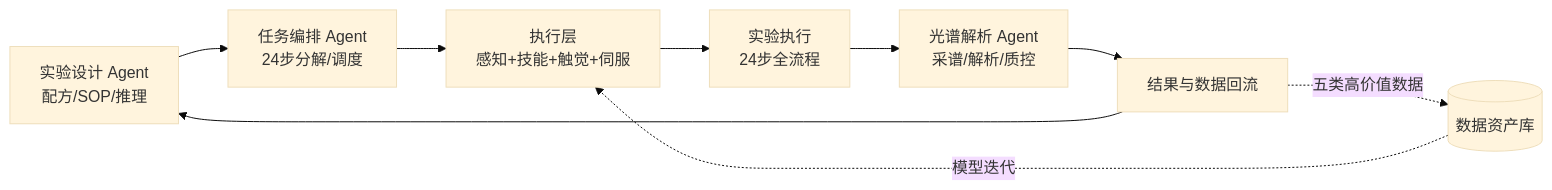
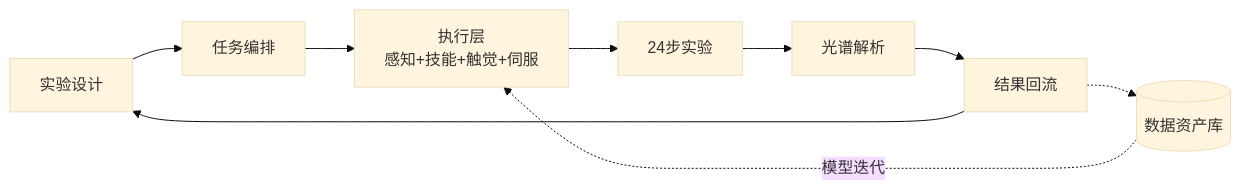
Before and after one commit to majosan/josan-obsidian-vault: the diagram in 01-AI化学实验室/项目实施/原位红外/DRIFTS-机器人化-项目简报.md, drawn with Mermaid (base theme). The commit also changed other lines of this file and 1 other file, not shown here.

````diff
--- a/01-AI化学实验室/项目实施/原位红外/DRIFTS-机器人化-项目简报.md
+++ b/01-AI化学实验室/项目实施/原位红外/DRIFTS-机器人化-项目简报.md
@@ -95,11 +91,6 @@
 ```mermaid
 flowchart LR
-    A[实验设计 Agent<br/>配方/SOP/推理] --> B[任务编排 Agent<br/>24步分解/调度]
-    B --> C[执行层<br/>感知+技能+触觉+伺服]
-    C --> D[实验执行<br/>24步全流程]
-    D --> E[光谱解析 Agent<br/>采谱/解析/质控]
-    E --> F[结果与数据回流]
+    A[实验设计] --> B[任务编排] --> C[执行层<br/>感知+技能+触觉+伺服] --> D[24步实验] --> E[光谱解析] --> F[结果回流]
     F --> A
-    F -.->|五类高价值数据| G[(数据资产库)]
-    G -.->|模型迭代| C
+    F -.-> G[(数据资产库)] -.->|模型迭代| C
 ```
````
